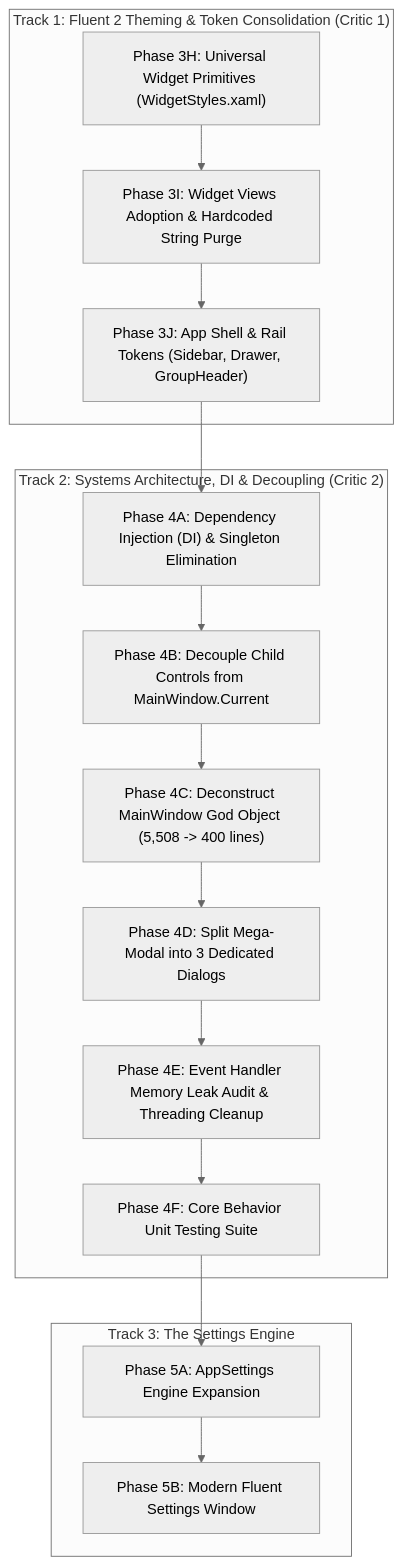
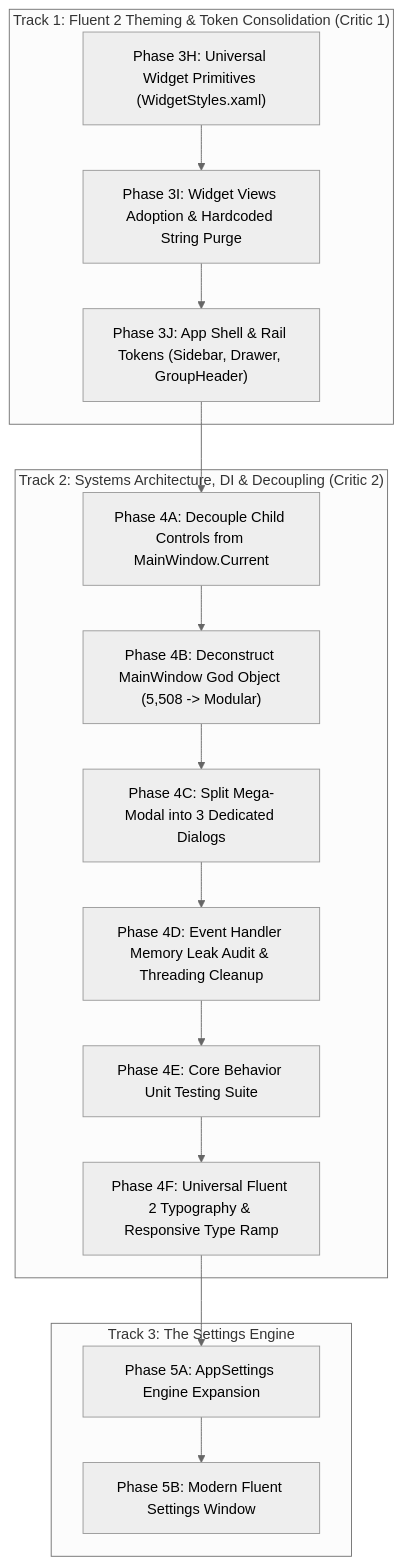
The diagram in docs/METROHUB_MODULAR_ARCHITECTURE_ROADMAP.md (Hamisoptimistic/MetroHub), drawn with Mermaid (neutral theme) before and after one commit. The commit also changed other lines of this file, not shown here.

````diff
--- a/docs/METROHUB_MODULAR_ARCHITECTURE_ROADMAP.md
+++ b/docs/METROHUB_MODULAR_ARCHITECTURE_ROADMAP.md
@@ -52,28 +52,28 @@
 ```mermaid
 graph TD
     subgraph Track1 ["Track 1: Fluent 2 Theming & Token Consolidation (Critic 1)"]
         P3H["Phase 3H: Universal Widget Primitives (WidgetStyles.xaml)"]
         P3I["Phase 3I: Widget Views Adoption & Hardcoded String Purge"]
         P3J["Phase 3J: App Shell & Rail Tokens (Sidebar, Drawer, GroupHeader)"]
         P3H --> P3I --> P3J
     end
 
     subgraph Track2 ["Track 2: Systems Architecture, DI & Decoupling (Critic 2)"]
-        P4A["Phase 4A: Dependency Injection (DI) & Singleton Elimination"]
-        P4B["Phase 4B: Decouple Child Controls from MainWindow.Current"]
-        P4C["Phase 4C: Deconstruct MainWindow God Object (5,508 -> 400 lines)"]
-        P4D["Phase 4D: Split Mega-Modal into 3 Dedicated Dialogs"]
-        P4E["Phase 4E: Event Handler Memory Leak Audit & Threading Cleanup"]
-        P4F["Phase 4F: Core Behavior Unit Testing Suite"]
+        P4A["Phase 4A: Decouple Child Controls from MainWindow.Current"]
+        P4B["Phase 4B: Deconstruct MainWindow God Object (5,508 -> Modular)"]
+        P4C["Phase 4C: Split Mega-Modal into 3 Dedicated Dialogs"]
+        P4D["Phase 4D: Event Handler Memory Leak Audit & Threading Cleanup"]
+        P4E["Phase 4E: Core Behavior Unit Testing Suite"]
+        P4F["Phase 4F: Universal Fluent 2 Typography & Responsive Type Ramp"]
         P4A --> P4B --> P4C --> P4D --> P4E --> P4F
     end
 
     subgraph Track3 ["Track 3: The Settings Engine"]
         P5A["Phase 5A: AppSettings Engine Expansion"]
         P5B["Phase 5B: Modern Fluent Settings Window"]
         P5A --> P5B
     end
 
     P3J --> P4A
     P4F --> P5A
 ```
````
